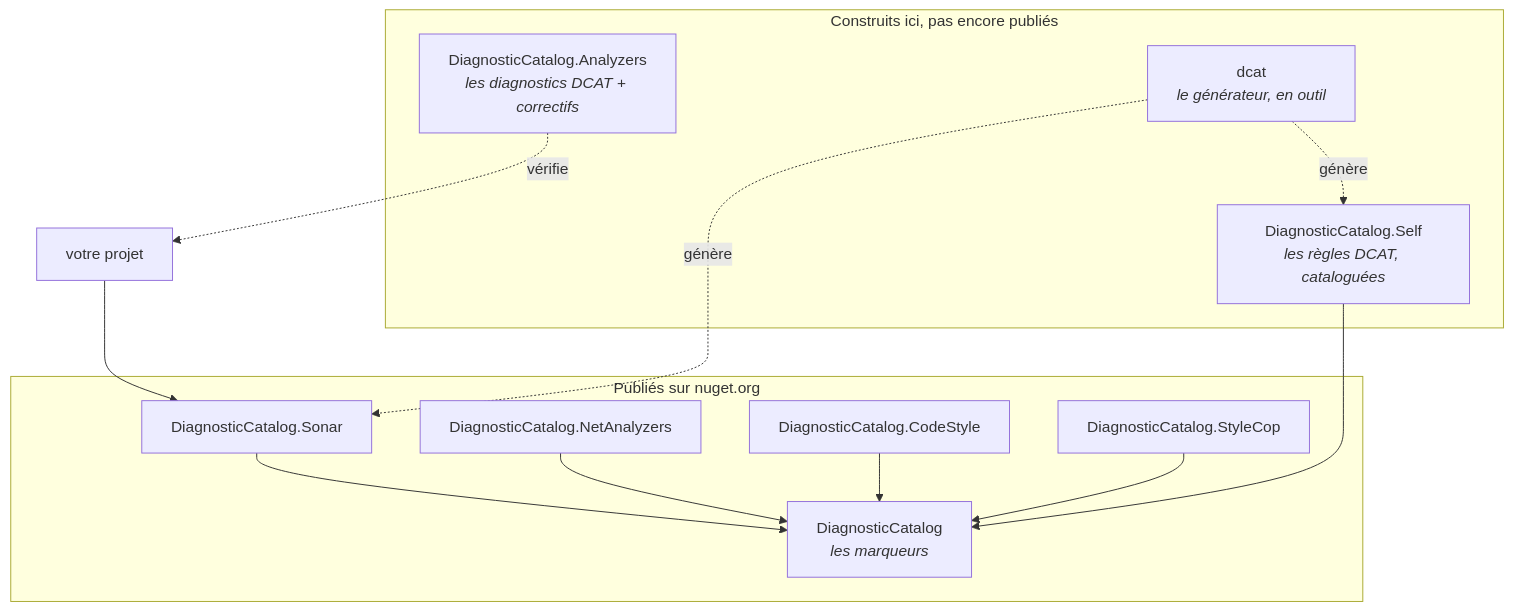
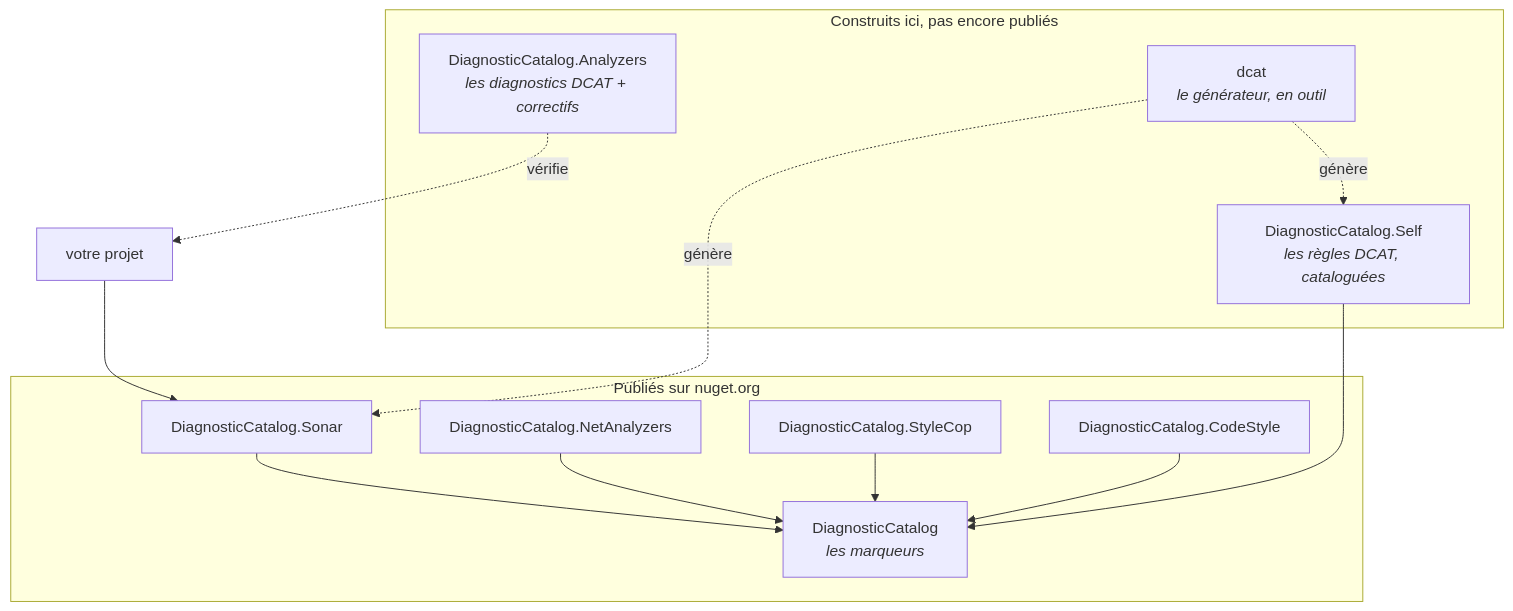
The second of 2 diagrams in doc/guide/concepts.fr.md (Reefact/diagnostic-catalog), drawn with Mermaid before and after one commit. The commit also changed other lines of this file and 9 other files, not shown here.

````diff
--- a/doc/guide/concepts.fr.md
+++ b/doc/guide/concepts.fr.md
@@ -79,24 +79,24 @@
 ```mermaid
 flowchart TB
     subgraph PUB["Publiés sur nuget.org"]
         F["DiagnosticCatalog<br/><i>les marqueurs</i>"]
         S["DiagnosticCatalog.Sonar"]
         N["DiagnosticCatalog.NetAnalyzers"]
         T["DiagnosticCatalog.StyleCop"]
         CS["DiagnosticCatalog.CodeStyle"]
         S --> F
         N --> F
+        T --> F
         CS --> F
-        T --> F
     end
     subgraph SOON["Construits ici, pas encore publiés"]
         A["DiagnosticCatalog.Analyzers<br/><i>les diagnostics DCAT + correctifs</i>"]
         SELF["DiagnosticCatalog.Self<br/><i>les règles DCAT, cataloguées</i>"]
         CLI["dcat<br/><i>le générateur, en outil</i>"]
         SELF --> F
     end
     YOU["votre projet"] --> S
     A -. "vérifie" .-> YOU
     CLI -. "génère" .-> S
     CLI -. "génère" .-> SELF
 ```
````
